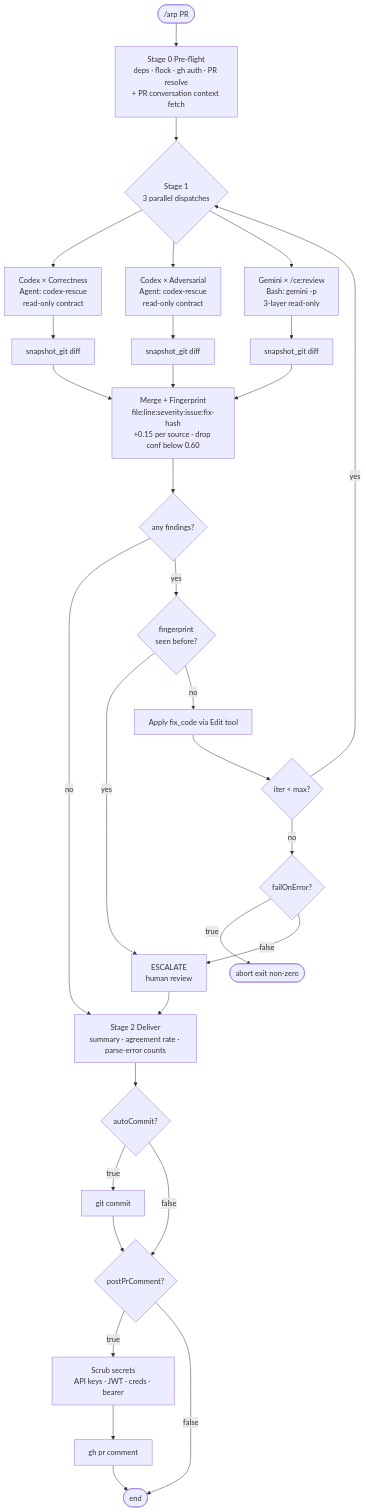
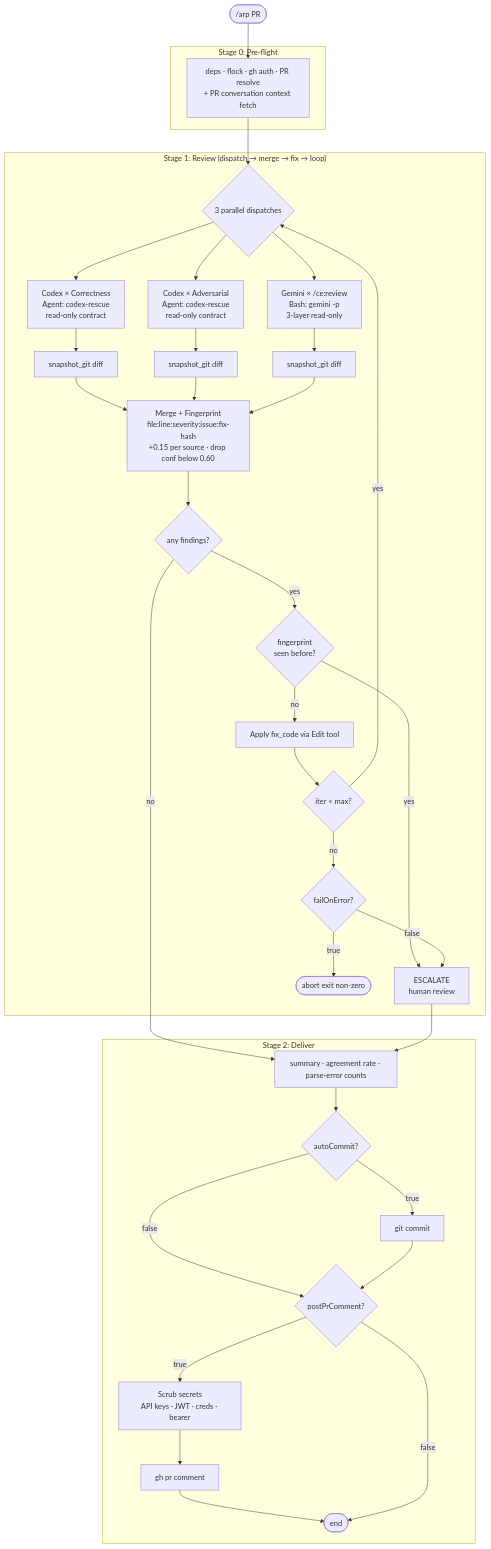
The diagram in README.md (onchainyaotoshi/agent-review-pipeline), drawn with Mermaid before and after one commit.

Commit message:
docs(readme): wrap mermaid flow in stage subgraphs
Auto-fix (F), merge (M), kill-switch (K), and loop (I) belong to Stage 1
Review per SKILL.md Step 1, but the prior diagram only labeled Disp as
"Stage 1" — the rest floated between stages unlabeled, making it read
like auto-fix was a pre-Deliver hook. Wrap all three stages in explicit
subgraphs so the Review loop boundary is visually unambiguous.

Also clarifies Stage 1 scope in the subgraph title
("dispatch → merge → fix → loop").

````diff
--- a/README.md
+++ b/README.md
@@ -16,39 +16,47 @@
 ```mermaid
 flowchart TD
-    Start([/arp PR]) --> Pre[Stage 0 Pre-flight<br/>deps · flock · gh auth · PR resolve<br/>+ PR conversation context fetch]
-    Pre --> Disp{Stage 1<br/>3 parallel dispatches}
+    Start([/arp PR]) --> Pre
 
-    Disp --> C1["Codex × Correctness<br/>Agent: codex-rescue<br/>read-only contract"]
-    Disp --> C2["Codex × Adversarial<br/>Agent: codex-rescue<br/>read-only contract"]
-    Disp --> G["Gemini × /ce:review<br/>Bash: gemini -p<br/>3-layer read-only"]
+    subgraph Stage0["Stage 0: Pre-flight"]
+        Pre[deps · flock · gh auth · PR resolve<br/>+ PR conversation context fetch]
+    end
 
-    C1 --> S1[snapshot_git diff]
-    C2 --> S2[snapshot_git diff]
-    G  --> S3[snapshot_git diff]
-    S1 --> M
-    S2 --> M
-    S3 --> M
+    subgraph Stage1["Stage 1: Review (dispatch → merge → fix → loop)"]
+        Disp{3 parallel dispatches}
+        Disp --> C1["Codex × Correctness<br/>Agent: codex-rescue<br/>read-only contract"]
+        Disp --> C2["Codex × Adversarial<br/>Agent: codex-rescue<br/>read-only contract"]
+        Disp --> G["Gemini × /ce:review<br/>Bash: gemini -p<br/>3-layer read-only"]
+        C1 --> S1[snapshot_git diff]
+        C2 --> S2[snapshot_git diff]
+        G  --> S3[snapshot_git diff]
+        S1 --> M
+        S2 --> M
+        S3 --> M
+        M[Merge + Fingerprint<br/>file:line:severity:issue:fix-hash<br/>+0.15 per source · drop conf below 0.60]
+        M --> L{any findings?}
+        L -- yes --> K{fingerprint<br/>seen before?}
+        K -- yes --> E[ESCALATE<br/>human review]
+        K -- no --> F[Apply fix_code via Edit tool]
+        F --> I{iter < max?}
+        I -- yes --> Disp
+        I -- no --> FE{failOnError?}
+        FE -- true --> Ab([abort exit non-zero])
+        FE -- false --> E
+    end
 
-    M[Merge + Fingerprint<br/>file:line:severity:issue:fix-hash<br/>+0.15 per source · drop conf below 0.60]
-    M --> L{any findings?}
+    subgraph Stage2["Stage 2: Deliver"]
+        D[summary · agreement rate · parse-error counts]
+        D --> AC{autoCommit?}
+        AC -- true --> GC[git commit]
+        AC -- false --> PC{postPrComment?}
+        GC --> PC
+        PC -- true --> SCR[Scrub secrets<br/>API keys · JWT · creds · bearer]
+        SCR --> GH[gh pr comment]
+        GH --> End([end])
+        PC -- false --> End
+    end
+
+    Pre --> Disp
     L -- no --> D
-    L -- yes --> K{fingerprint<br/>seen before?}
-    K -- yes --> E[ESCALATE<br/>human review]
-    K -- no --> F[Apply fix_code via Edit tool]
-    F --> I{iter < max?}
-    I -- yes --> Disp
-    I -- no --> FE{failOnError?}
-    FE -- true --> Ab([abort exit non-zero])
-    FE -- false --> E
     E --> D
-
-    D[Stage 2 Deliver<br/>summary · agreement rate · parse-error counts]
-    D --> AC{autoCommit?}
-    AC -- true --> GC[git commit]
-    AC -- false --> PC{postPrComment?}
-    GC --> PC
-    PC -- true --> SCR[Scrub secrets<br/>API keys · JWT · creds · bearer]
-    SCR --> GH[gh pr comment]
-    GH --> End([end])
-    PC -- false --> End
 ```
````
